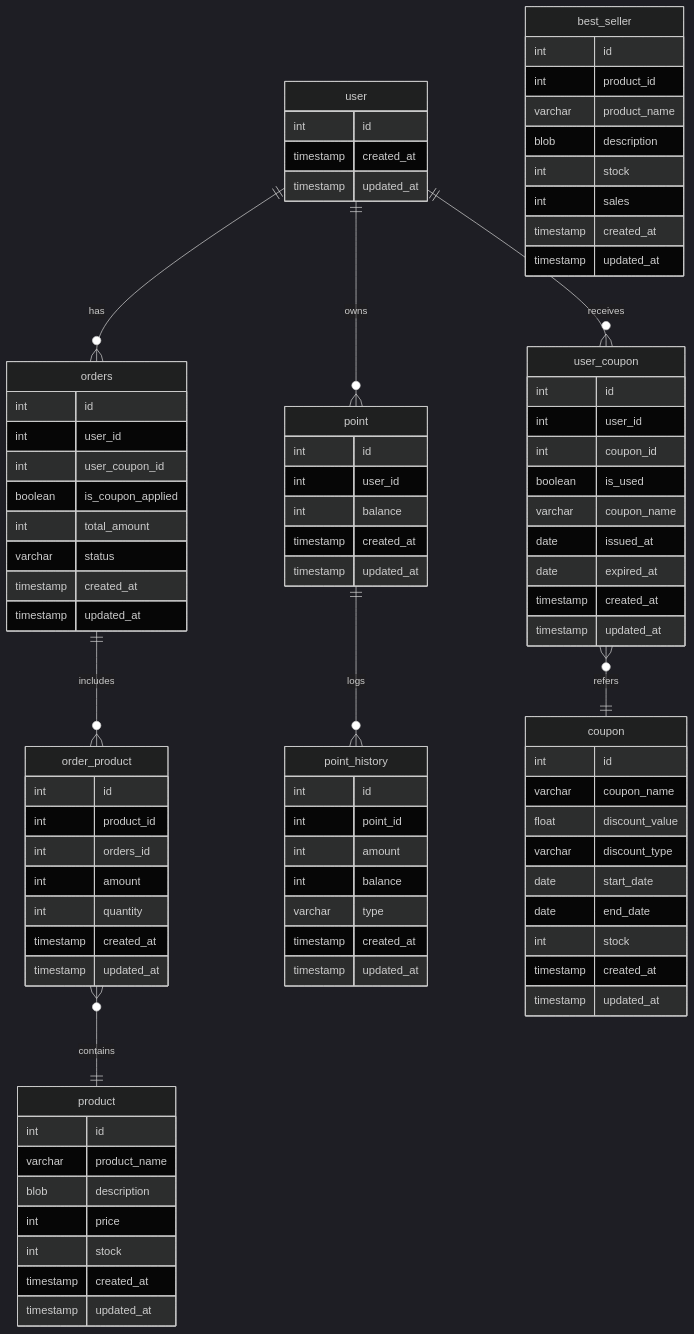
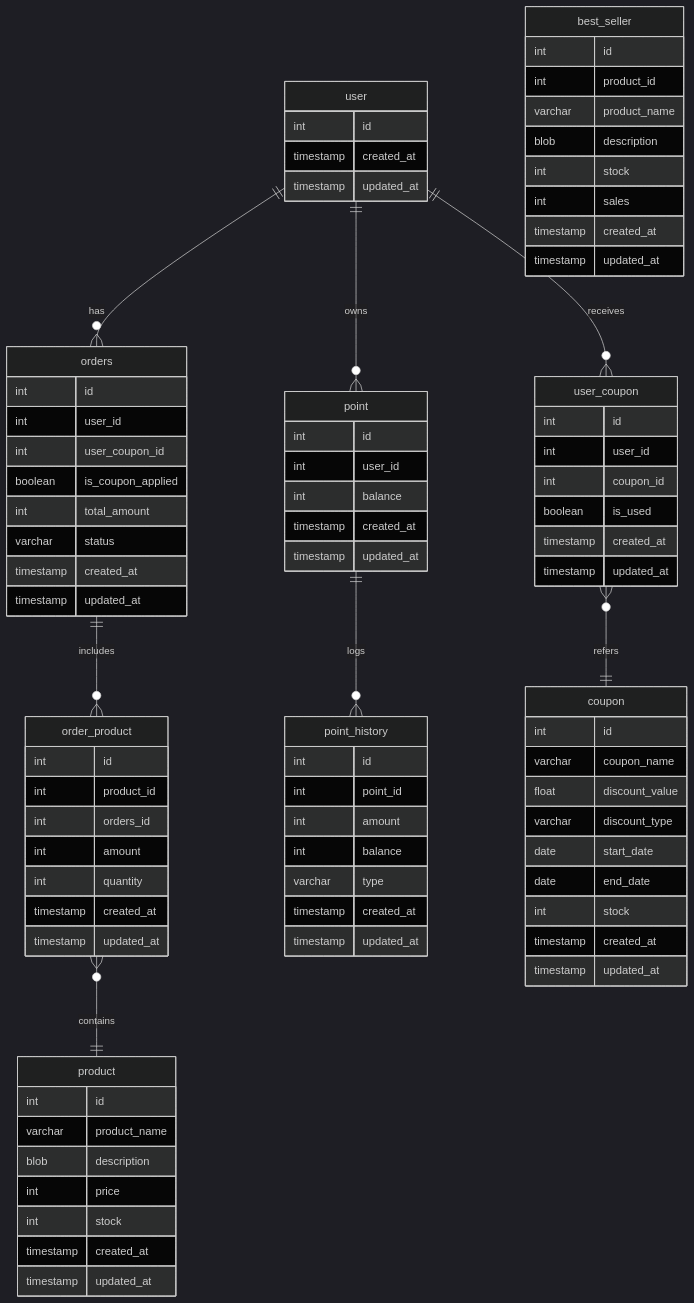
Before and after one commit to ji-0o0o0o0/hhplus-e-commerce: the diagram in docs/03.ERD.md, drawn with Mermaid (dark theme).

```diff
--- a/docs/03.ERD.md
+++ b/docs/03.ERD.md
@@ -187,9 +187,6 @@
     int user_id
     int coupon_id
     boolean is_used
-    varchar coupon_name
-    date issued_at
-    date expired_at
     timestamp created_at
     timestamp updated_at
   }
```
